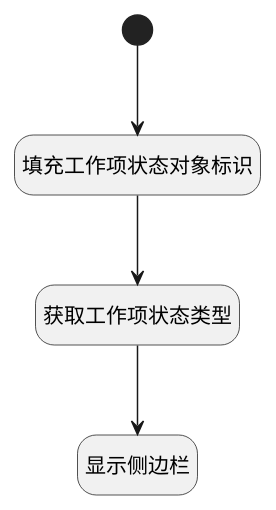
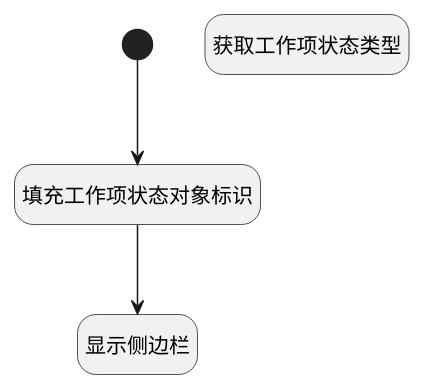
The diagram in doc/docsify/module/ProjMgmt/work_item/uilogic/show_form_sidebar.md (iBizLab/plm), drawn with PlantUML before and after one commit. The commit also changed other lines of this file and 901 other files, not shown here.

````diff
--- a/doc/docsify/module/ProjMgmt/work_item/uilogic/show_form_sidebar.md
+++ b/doc/docsify/module/ProjMgmt/work_item/uilogic/show_form_sidebar.md
@@ -7,23 +7,22 @@
 ```plantuml
 @startuml
 hide footbox
 <style>
 root {
   HyperlinkColor #42b983
 }
 </style>
 
 hide empty description
 state "开始" as Begin <<start>> [[$./show_form_sidebar#begin {开始}]]
 state "填充工作项状态对象标识" as PREPAREJSPARAM1  [[$./show_form_sidebar#preparejsparam1 {填充工作项状态对象标识}]]
+state "显示侧边栏" as RAWJSCODE1  [[$./show_form_sidebar#rawjscode1 {显示侧边栏}]]
 state "获取工作项状态类型" as DEACTION1  [[$./show_form_sidebar#deaction1 {获取工作项状态类型}]]
-state "显示侧边栏" as RAWJSCODE1  [[$./show_form_sidebar#rawjscode1 {显示侧边栏}]]
 
 
 Begin --> PREPAREJSPARAM1
-PREPAREJSPARAM1 --> DEACTION1
-DEACTION1 --> RAWJSCODE1
+PREPAREJSPARAM1 --> RAWJSCODE1
 
 
 @enduml
 ```
````
